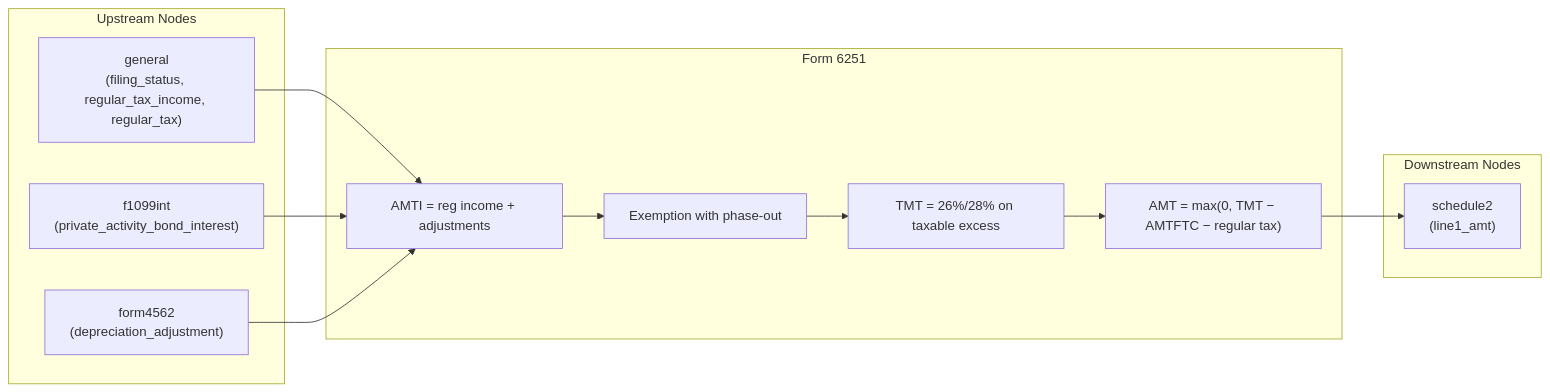
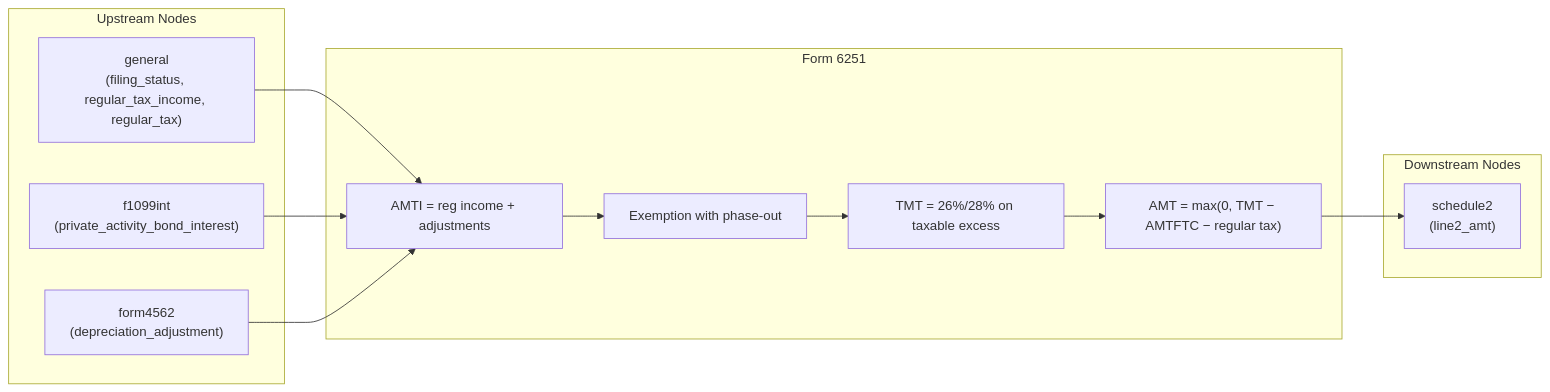
Before and after one commit to filedcom/opentax: the diagram in forms/f1040/nodes/intermediate/forms/form6251/research/context.md, drawn with Mermaid. The commit also changed other lines of this file and 298 other files, not shown here.

````diff
--- a/forms/f1040/nodes/intermediate/forms/form6251/research/context.md
+++ b/forms/f1040/nodes/intermediate/forms/form6251/research/context.md
@@ -67,21 +67,21 @@
 ```mermaid
 flowchart LR
   subgraph inputs["Upstream Nodes"]
     general["general\n(filing_status, regular_tax_income, regular_tax)"]
     f1099int["f1099int\n(private_activity_bond_interest)"]
     form4562["form4562\n(depreciation_adjustment)"]
   end
   subgraph form["Form 6251"]
     amti["AMTI = reg income + adjustments"]
     exemption["Exemption with phase-out"]
     tmt["TMT = 26%/28% on taxable excess"]
     amt["AMT = max(0, TMT − AMTFTC − regular tax)"]
   end
   subgraph outputs["Downstream Nodes"]
-    schedule2["schedule2\n(line1_amt)"]
+    schedule2["schedule2\n(line2_amt)"]
   end
   general --> amti
   f1099int --> amti
   form4562 --> amti
   amti --> exemption --> tmt --> amt --> schedule2
 ```
````
